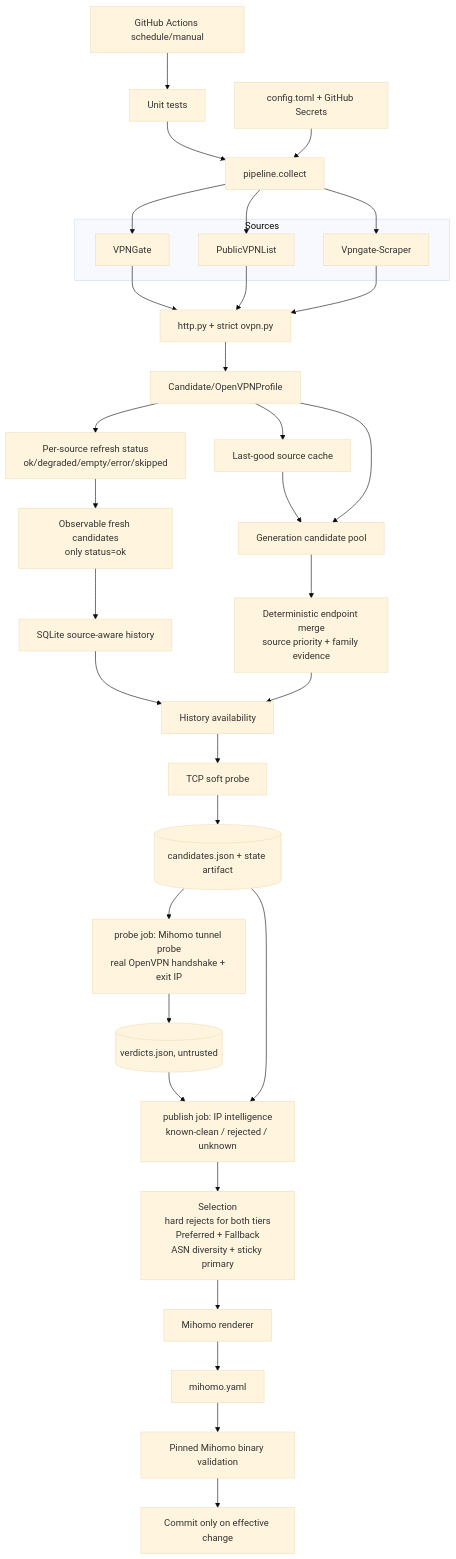
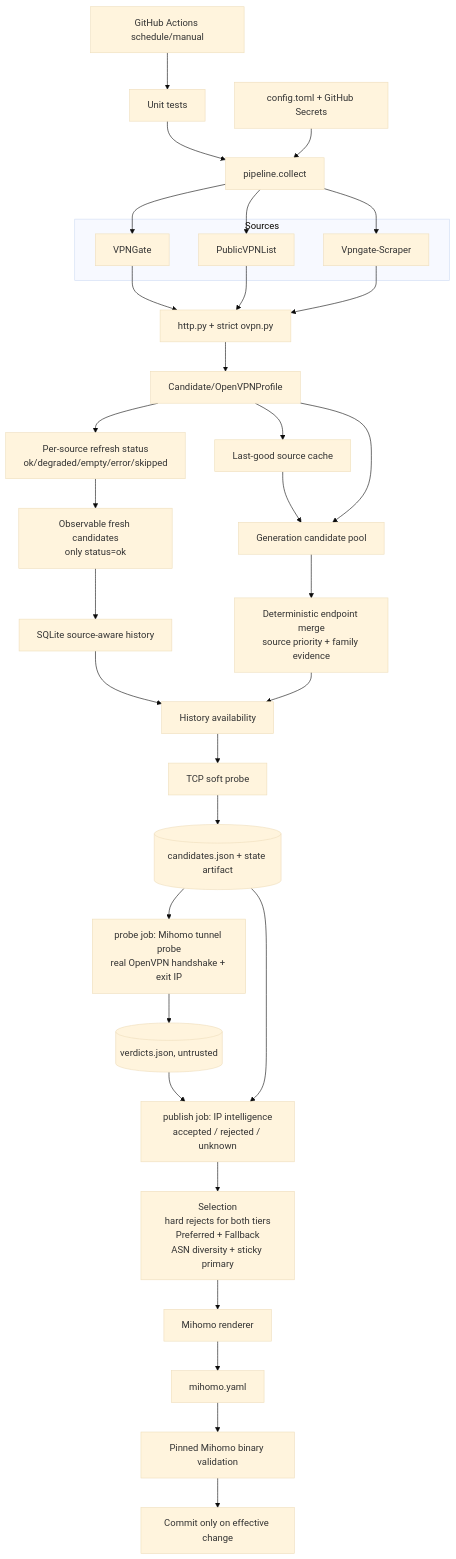
The diagram in ARCHITECTURE.md (aitonic/gate-us-lite), drawn with Mermaid (base theme) before and after one commit. The commit also changed other lines of this file and 15 other files, not shown here.

````diff
--- a/ARCHITECTURE.md
+++ b/ARCHITECTURE.md
@@ -5,47 +5,47 @@
 ```mermaid
 flowchart TB
   GH[GitHub Actions schedule/manual] --> TEST[Unit tests]
   TEST --> CLI[pipeline.collect]
   CFG[config.toml + GitHub Secrets] --> CLI
 
   subgraph Sources
     VG[VPNGate]
     PVL[PublicVPNList]
     VGS[Vpngate-Scraper]
   end
 
   CLI --> VG & PVL & VGS
   VG & PVL & VGS --> SAFE[http.py + strict ovpn.py]
   SAFE --> C[Candidate/OpenVPNProfile]
 
   C --> HEALTH[Per-source refresh status
 ok/degraded/empty/error/skipped]
   C --> CACHE[Last-good source cache]
   HEALTH --> LIVE[Observable fresh candidates
 only status=ok]
   CACHE --> GEN[Generation candidate pool]
   C --> GEN
 
   LIVE --> STORE[SQLite source-aware history]
   GEN --> MERGE[Deterministic endpoint merge
 source priority + family evidence]
   STORE --> SCORE[History availability]
   MERGE --> SCORE
 
   SCORE --> PROBE[TCP soft probe]
   PROBE --> POOL[(candidates.json + state artifact)]
   POOL --> TUNNEL[probe job: Mihomo tunnel probe
 real OpenVPN handshake + exit IP]
   TUNNEL --> VERDICTS[(verdicts.json, untrusted)]
   VERDICTS --> INTEL[publish job: IP intelligence
-known-clean / rejected / unknown]
+accepted / rejected / unknown]
   POOL --> INTEL
   INTEL --> SELECT[Selection
 hard rejects for both tiers
 Preferred + Fallback
 ASN diversity + sticky primary]
   SELECT --> RENDER[Mihomo renderer]
   RENDER --> YAML[mihomo.yaml]
   YAML --> VALIDATE[Pinned Mihomo binary validation]
   VALIDATE --> COMMIT[Commit only on effective change]
 ```
````
